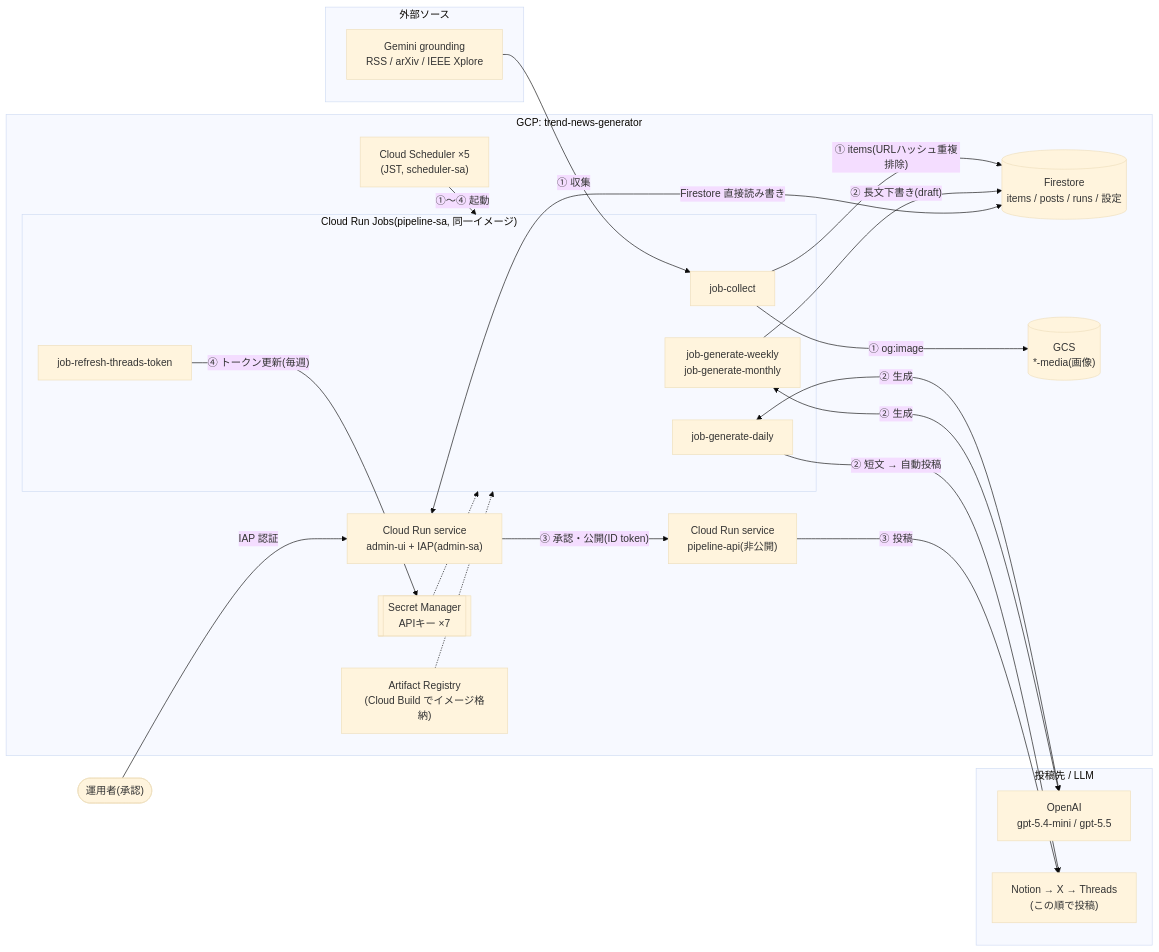
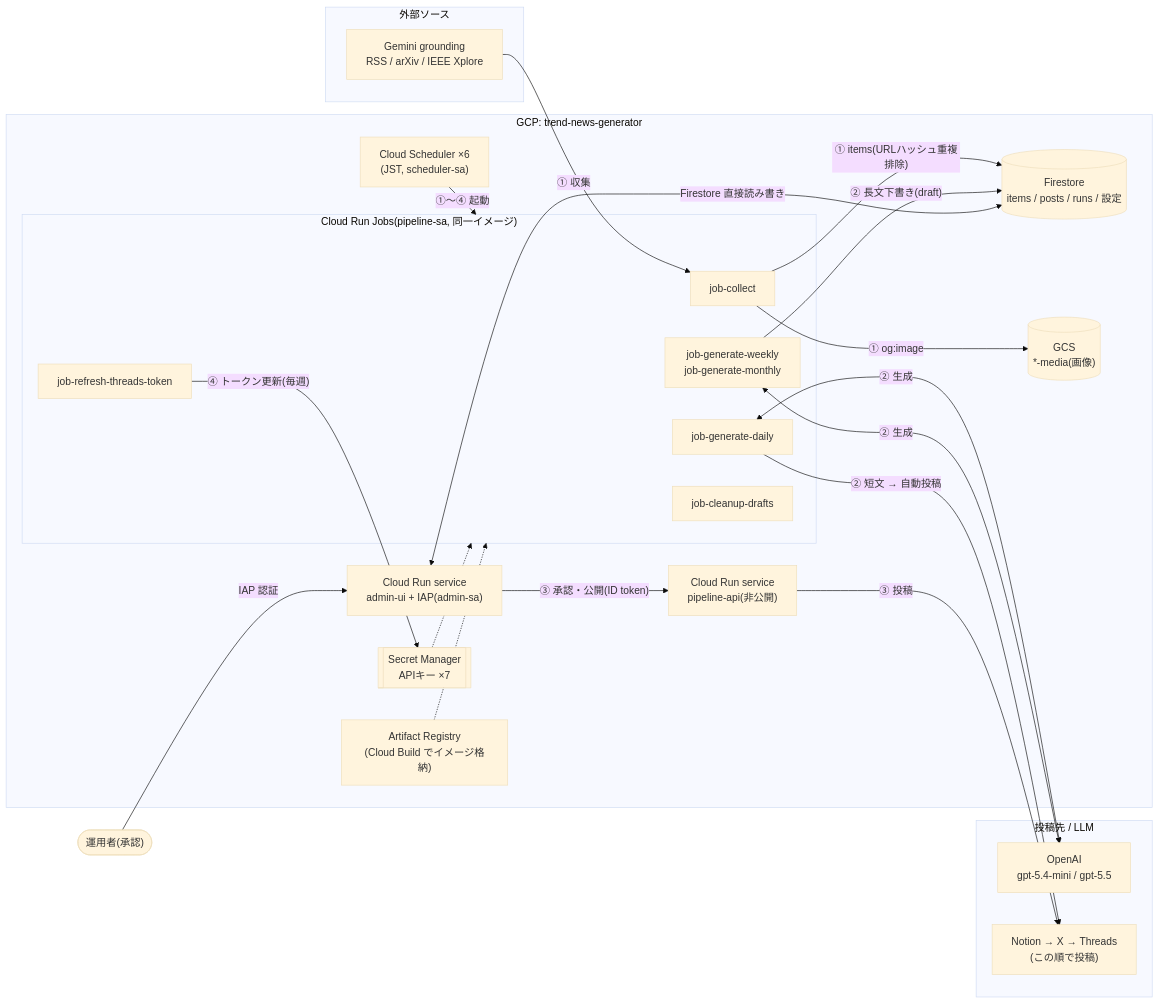
The diagram in README.md (moc9058/trend-news-generator), drawn with Mermaid (base theme) before and after one commit. The commit also changed other lines of this file and 41 other files, not shown here.

````diff
--- a/README.md
+++ b/README.md
@@ -23,47 +23,48 @@
 ```mermaid
 flowchart LR
   subgraph EXT_IN["外部ソース"]
     SRC["Gemini grounding<br/>RSS / arXiv / IEEE Xplore"]
   end
 
   subgraph GCP["GCP: trend-news-generator"]
-    SCHED["Cloud Scheduler ×5<br/>(JST, scheduler-sa)"]
+    SCHED["Cloud Scheduler ×6<br/>(JST, scheduler-sa)"]
 
     subgraph RUN["Cloud Run Jobs(pipeline-sa, 同一イメージ)"]
       JC["job-collect"]
       JD["job-generate-daily"]
       JW["job-generate-weekly<br/>job-generate-monthly"]
+      JCL["job-cleanup-drafts"]
       JT["job-refresh-threads-token"]
     end
 
     API["Cloud Run service<br/>pipeline-api(非公開)"]
     ADMIN["Cloud Run service<br/>admin-ui + IAP(admin-sa)"]
 
     FS[("Firestore<br/>items / posts / runs / 設定")]
     GCS[("GCS<br/>*-media(画像)")]
     SM[["Secret Manager<br/>APIキー ×7"]]
     AR["Artifact Registry<br/>(Cloud Build でイメージ格納)"]
   end
 
   subgraph EXT_OUT["投稿先 / LLM"]
     LLM["OpenAI<br/>gpt-5.4-mini / gpt-5.5"]
     SNS["Notion → X → Threads<br/>(この順で投稿)"]
   end
 
   OP(["運用者(承認)"])
 
   SCHED -- "①〜④ 起動" --> RUN
   SRC -- "① 収集" --> JC
   JC -- "① items(URLハッシュ重複排除)" --> FS
   JC -- "① og:image" --> GCS
   JD & JW <-- "② 生成" --> LLM
   JD -- "② 短文 → 自動投稿" --> SNS
   JW -- "② 長文下書き(draft)" --> FS
   OP -- "IAP 認証" --> ADMIN
   ADMIN <-- "Firestore 直接読み書き" --> FS
   ADMIN -- "③ 承認・公開(ID token)" --> API
   API -- "③ 投稿" --> SNS
   JT -- "④ トークン更新(毎週)" --> SM
   SM -.-> RUN
   AR -.-> RUN
 ```
````
